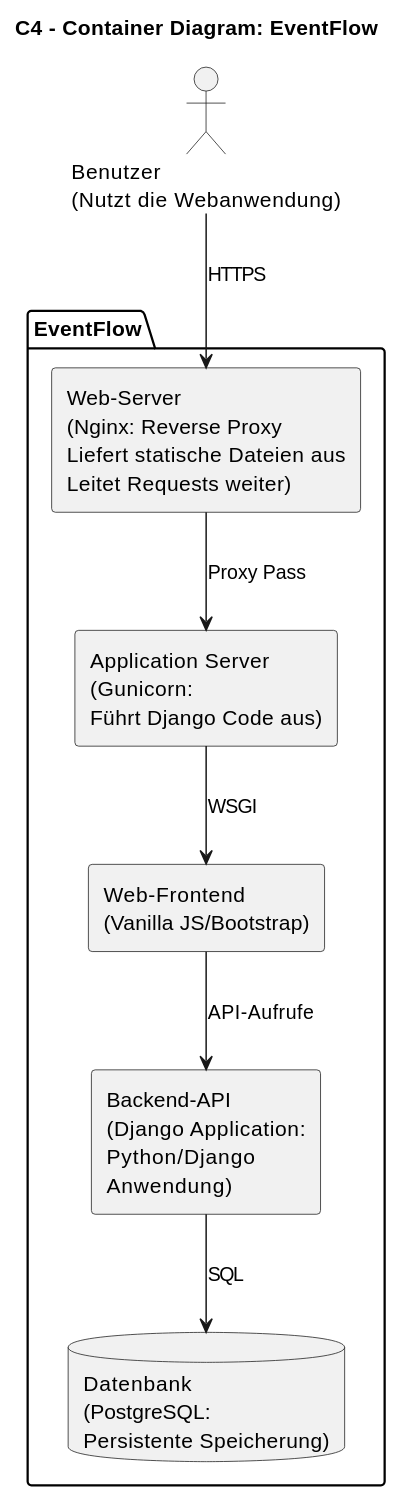
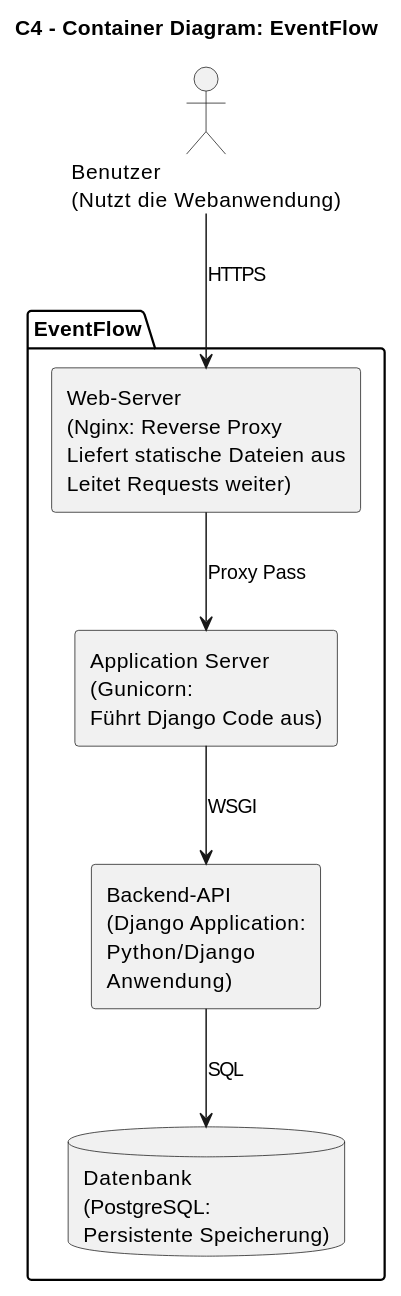
The second of 3 diagrams in docs/technical/architecture.adoc (casio888/SE-G2-EventFlow), drawn with PlantUML before and after one commit. The commit also changed other lines of this file and 1 other file, not shown here.

```diff
--- a/docs/technical/architecture.adoc
+++ b/docs/technical/architecture.adoc
@@ -81,19 +64,17 @@
 [plantuml, "{diagramsdir}/system-context", svg]
 ....
 @startuml
 title C4 – Container Diagram: EventFlow
 actor "Benutzer\n(Nutzt die Webanwendung)" as user
 package "EventFlow" {
     rectangle "Web-Server\n(Nginx: Reverse Proxy\nLiefert statische Dateien aus\nLeitet Requests weiter)" as nginx
     rectangle "Application Server\n(Gunicorn:\nFührt Django Code aus)" as gunicorn
-    rectangle "Web-Frontend\n(Vanilla JS/Bootstrap)" as Web
     rectangle "Backend-API\n(Django Application:\nPython/Django\nAnwendung)" as django
     database "Datenbank\n(PostgreSQL:\nPersistente Speicherung)" as postgres
   }
   user --> nginx : HTTPS
   nginx --> gunicorn : Proxy Pass
-  gunicorn --> Web: WSGI
-  Web --> django: API-Aufrufe
+  gunicorn --> django: WSGI
   django --> postgres : SQL
   @enduml
 ....
```
